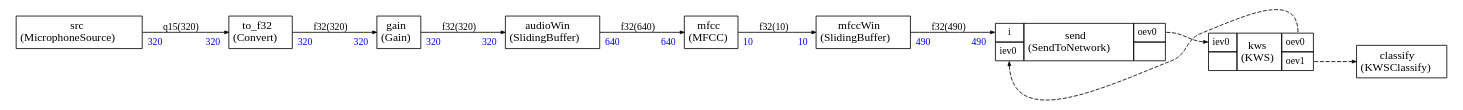
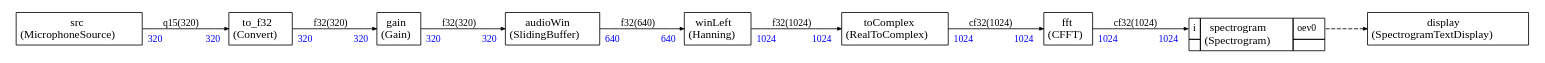
One commit to christophe0606/CMSIS-Stream-Nodes changed the diagram in runner_common/app_graph/app.dot. Above: the diagram before and after it, drawn with Graphviz. The commit also changed 22 other files, not shown here.

```diff
--- a/runner_common/app_graph/app.dot
+++ b/runner_common/app_graph/app.dot
@@ -1,145 +1,136 @@
 
 
 
 
 
 
 digraph structs {
     bgcolor = "white"
     node [shape=plaintext,color="black",fontcolor="black",fontname="Times-Roman"]
     rankdir=LR
     edge [arrowsize="0.5",color="black",fontcolor="black",fontname="Times-Roman"]
 
 
 audioWin [label=<
 <TABLE color="black" bgcolor="none" BORDER="0" CELLBORDER="1" CELLSPACING="0" CELLPADDING="4">
   <TR>
     <TD ALIGN="CENTER" PORT="i"><FONT COLOR="black" POINT-SIZE="14.0">audioWin<BR/>(SlidingBuffer)</FONT></TD>
   </TR>
 </TABLE>>];
 
+fft [label=<
+<TABLE color="black" bgcolor="none" BORDER="0" CELLBORDER="1" CELLSPACING="0" CELLPADDING="4">
+  <TR>
+    <TD ALIGN="CENTER" PORT="i"><FONT COLOR="black" POINT-SIZE="14.0">fft<BR/>(CFFT)</FONT></TD>
+  </TR>
+</TABLE>>];
+
 gain [label=<
 <TABLE color="black" bgcolor="none" BORDER="0" CELLBORDER="1" CELLSPACING="0" CELLPADDING="4">
   <TR>
     <TD ALIGN="CENTER" PORT="i"><FONT COLOR="black" POINT-SIZE="14.0">gain<BR/>(Gain)</FONT></TD>
   </TR>
 </TABLE>>];
 
-mfcc [label=<
-<TABLE color="black" bgcolor="none" BORDER="0" CELLBORDER="1" CELLSPACING="0" CELLPADDING="4">
-  <TR>
-    <TD ALIGN="CENTER" PORT="i"><FONT COLOR="black" POINT-SIZE="14.0">mfcc<BR/>(MFCC)</FONT></TD>
-  </TR>
-</TABLE>>];
 
-mfccWin [label=<
-<TABLE color="black" bgcolor="none" BORDER="0" CELLBORDER="1" CELLSPACING="0" CELLPADDING="4">
-  <TR>
-    <TD ALIGN="CENTER" PORT="i"><FONT COLOR="black" POINT-SIZE="14.0">mfccWin<BR/>(SlidingBuffer)</FONT></TD>
-  </TR>
-</TABLE>>];
-
-
-send [label=<
+spectrogram [label=<
 <TABLE color="black" bgcolor="none" BORDER="0" CELLBORDER="1" CELLSPACING="0" CELLPADDING="4">
   <TR>
     <TD PORT="i"><FONT POINT-SIZE="12.0" COLOR="black">i</FONT></TD>
-    <TD ALIGN="CENTER" ROWSPAN="2"><FONT COLOR="black" POINT-SIZE="14.0">send<BR/>(SendToNetwork)</FONT></TD>
+    <TD ALIGN="CENTER" ROWSPAN="2"><FONT COLOR="black" POINT-SIZE="14.0">spectrogram<BR/>(Spectrogram)</FONT></TD>
     <TD PORT="oev0"><FONT POINT-SIZE="12.0" COLOR="black">oev0</FONT></TD>
   </TR>
 <TR>
-<TD PORT="iev0"><FONT POINT-SIZE="12.0" COLOR="black">iev0</FONT></TD>
-
+ 
+<TD></TD>
  
 <TD></TD></TR>
 
 </TABLE>>];
 
 src [label=<
 <TABLE color="black" bgcolor="none" BORDER="0" CELLBORDER="1" CELLSPACING="0" CELLPADDING="4">
   <TR>
     <TD ALIGN="CENTER" PORT="i"><FONT COLOR="black" POINT-SIZE="14.0">src<BR/>(MicrophoneSource)</FONT></TD>
   </TR>
 </TABLE>>];
 
+toComplex [label=<
+<TABLE color="black" bgcolor="none" BORDER="0" CELLBORDER="1" CELLSPACING="0" CELLPADDING="4">
+  <TR>
+    <TD ALIGN="CENTER" PORT="i"><FONT COLOR="black" POINT-SIZE="14.0">toComplex<BR/>(RealToComplex)</FONT></TD>
+  </TR>
+</TABLE>>];
+
 to_f32 [label=<
 <TABLE color="black" bgcolor="none" BORDER="0" CELLBORDER="1" CELLSPACING="0" CELLPADDING="4">
   <TR>
     <TD ALIGN="CENTER" PORT="i"><FONT COLOR="black" POINT-SIZE="14.0">to_f32<BR/>(Convert)</FONT></TD>
   </TR>
 </TABLE>>];
 
-classify [label=<
+winLeft [label=<
 <TABLE color="black" bgcolor="none" BORDER="0" CELLBORDER="1" CELLSPACING="0" CELLPADDING="4">
   <TR>
-    <TD ALIGN="CENTER" PORT="i"><FONT COLOR="black" POINT-SIZE="14.0">classify<BR/>(KWSClassify)</FONT></TD>
+    <TD ALIGN="CENTER" PORT="i"><FONT COLOR="black" POINT-SIZE="14.0">winLeft<BR/>(Hanning)</FONT></TD>
   </TR>
 </TABLE>>];
 
-
-kws [label=<
+display [label=<
 <TABLE color="black" bgcolor="none" BORDER="0" CELLBORDER="1" CELLSPACING="0" CELLPADDING="4">
   <TR>
-    <TD PORT="iev0"><FONT POINT-SIZE="12.0" COLOR="black">iev0</FONT></TD>
-    <TD ALIGN="CENTER" ROWSPAN="2"><FONT COLOR="black" POINT-SIZE="14.0">kws<BR/>(KWS)</FONT></TD>
-    <TD PORT="oev0"><FONT POINT-SIZE="12.0" COLOR="black">oev0</FONT></TD>
+    <TD ALIGN="CENTER" PORT="i"><FONT COLOR="black" POINT-SIZE="14.0">display<BR/>(SpectrogramTextDisplay)</FONT></TD>
   </TR>
-<TR>
- 
-<TD></TD>
-<TD PORT="oev1"><FONT POINT-SIZE="12.0" COLOR="black">oev1</FONT></TD>
-</TR>
-
 </TABLE>>];
 
 
 
 src:i -> to_f32:i [style="solid",color="black",fontsize="12.0",fontcolor="black",label=<q15(320)>
 ,headlabel=<<TABLE BORDER="0" CELLPADDING="4"><TR><TD><FONT COLOR="blue" POINT-SIZE="12.0" >320</FONT>
 </TD></TR></TABLE>>
 ,taillabel=<<TABLE BORDER="0" CELLPADDING="4"><TR><TD><FONT COLOR="blue" POINT-SIZE="12.0" >320</FONT>
 </TD></TR></TABLE>>]
 
 to_f32:i -> gain:i [style="solid",color="black",fontsize="12.0",fontcolor="black",label=<f32(320)>
 ,headlabel=<<TABLE BORDER="0" CELLPADDING="4"><TR><TD><FONT COLOR="blue" POINT-SIZE="12.0" >320</FONT>
 </TD></TR></TABLE>>
 ,taillabel=<<TABLE BORDER="0" CELLPADDING="4"><TR><TD><FONT COLOR="blue" POINT-SIZE="12.0" >320</FONT>
 </TD></TR></TABLE>>]
 
 gain:i -> audioWin:i [style="solid",color="black",fontsize="12.0",fontcolor="black",label=<f32(320)>
 ,headlabel=<<TABLE BORDER="0" CELLPADDING="4"><TR><TD><FONT COLOR="blue" POINT-SIZE="12.0" >320</FONT>
 </TD></TR></TABLE>>
 ,taillabel=<<TABLE BORDER="0" CELLPADDING="4"><TR><TD><FONT COLOR="blue" POINT-SIZE="12.0" >320</FONT>
 </TD></TR></TABLE>>]
 
-audioWin:i -> mfcc:i [style="solid",color="black",fontsize="12.0",fontcolor="black",label=<f32(640)>
+audioWin:i -> winLeft:i [style="solid",color="black",fontsize="12.0",fontcolor="black",label=<f32(640)>
 ,headlabel=<<TABLE BORDER="0" CELLPADDING="4"><TR><TD><FONT COLOR="blue" POINT-SIZE="12.0" >640</FONT>
 </TD></TR></TABLE>>
 ,taillabel=<<TABLE BORDER="0" CELLPADDING="4"><TR><TD><FONT COLOR="blue" POINT-SIZE="12.0" >640</FONT>
 </TD></TR></TABLE>>]
 
-mfcc:i -> mfccWin:i [style="solid",color="black",fontsize="12.0",fontcolor="black",label=<f32(10)>
-,headlabel=<<TABLE BORDER="0" CELLPADDING="4"><TR><TD><FONT COLOR="blue" POINT-SIZE="12.0" >10</FONT>
+winLeft:i -> toComplex:i [style="solid",color="black",fontsize="12.0",fontcolor="black",label=<f32(1024)>
+,headlabel=<<TABLE BORDER="0" CELLPADDING="4"><TR><TD><FONT COLOR="blue" POINT-SIZE="12.0" >1024</FONT>
 </TD></TR></TABLE>>
-,taillabel=<<TABLE BORDER="0" CELLPADDING="4"><TR><TD><FONT COLOR="blue" POINT-SIZE="12.0" >10</FONT>
+,taillabel=<<TABLE BORDER="0" CELLPADDING="4"><TR><TD><FONT COLOR="blue" POINT-SIZE="12.0" >1024</FONT>
 </TD></TR></TABLE>>]
 
-mfccWin:i -> send:i [style="solid",color="black",fontsize="12.0",fontcolor="black",label=<f32(490)>
-,headlabel=<<TABLE BORDER="0" CELLPADDING="4"><TR><TD><FONT COLOR="blue" POINT-SIZE="12.0" >490</FONT>
+toComplex:i -> fft:i [style="solid",color="black",fontsize="12.0",fontcolor="black",label=<cf32(1024)>
+,headlabel=<<TABLE BORDER="0" CELLPADDING="4"><TR><TD><FONT COLOR="blue" POINT-SIZE="12.0" >1024</FONT>
 </TD></TR></TABLE>>
-,taillabel=<<TABLE BORDER="0" CELLPADDING="4"><TR><TD><FONT COLOR="blue" POINT-SIZE="12.0" >490</FONT>
+,taillabel=<<TABLE BORDER="0" CELLPADDING="4"><TR><TD><FONT COLOR="blue" POINT-SIZE="12.0" >1024</FONT>
+</TD></TR></TABLE>>]
+
+fft:i -> spectrogram:i [style="solid",color="black",fontsize="12.0",fontcolor="black",label=<cf32(1024)>
+,headlabel=<<TABLE BORDER="0" CELLPADDING="4"><TR><TD><FONT COLOR="blue" POINT-SIZE="12.0" >1024</FONT>
+</TD></TR></TABLE>>
+,taillabel=<<TABLE BORDER="0" CELLPADDING="4"><TR><TD><FONT COLOR="blue" POINT-SIZE="12.0" >1024</FONT>
 </TD></TR></TABLE>>]
 
 
 
-send:oev0 -> kws:iev0 [style="dashed",color="black",fontsize="12.0",fontcolor="black",label=<>
-
-]
-kws:oev0 -> send:iev0 [style="dashed",color="black",fontsize="12.0",fontcolor="black",label=<>
-
-]
-kws:oev1 -> classify:i [style="dashed",color="black",fontsize="12.0",fontcolor="black",label=<>
+spectrogram:oev0 -> display:i [style="dashed",color="black",fontsize="12.0",fontcolor="black",label=<>
 
 ]
 
 }
```
